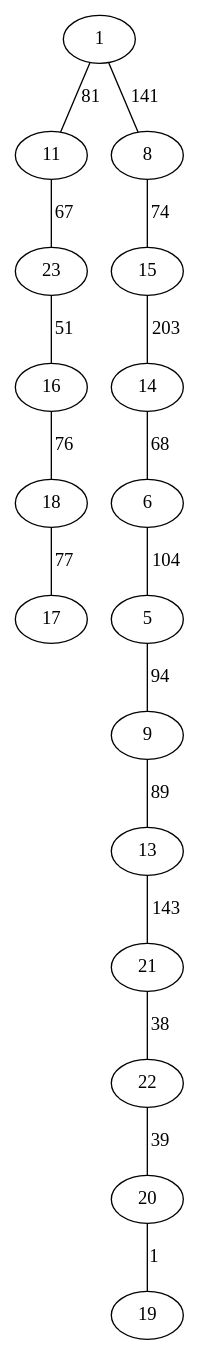
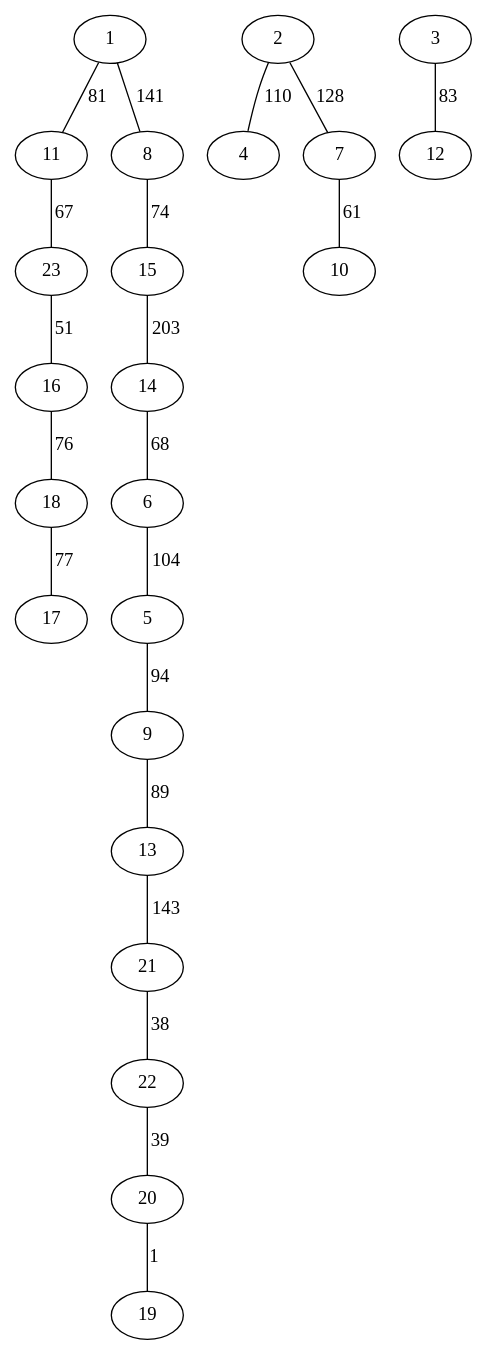
The diagram in prova/fig/5diamonds_grf_dcmst_prim_2.dot (TiagoJustino/graph_mst), drawn with Graphviz before and after one commit. The commit also changed 6 other files, not shown here.

```diff
--- a/prova/fig/5diamonds_grf_dcmst_prim_2.dot
+++ b/prova/fig/5diamonds_grf_dcmst_prim_2.dot
@@ -1,18 +1,22 @@
 graph {
 "1" -- "11" [label="81"]
 "11" -- "23" [label="67"]
 "23" -- "16" [label="51"]
 "16" -- "18" [label="76"]
 "18" -- "17" [label="77"]
 "1" -- "8" [label="141"]
 "8" -- "15" [label="74"]
 "15" -- "14" [label="203"]
 "14" -- "6" [label="68"]
 "6" -- "5" [label="104"]
 "5" -- "9" [label="94"]
 "9" -- "13" [label="89"]
 "13" -- "21" [label="143"]
 "21" -- "22" [label="38"]
 "22" -- "20" [label="39"]
 "20" -- "19" [label="1"]
+"2" -- "4" [label="110"]
+"2" -- "7" [label="128"]
+"7" -- "10" [label="61"]
+"3" -- "12" [label="83"]
 }
```
